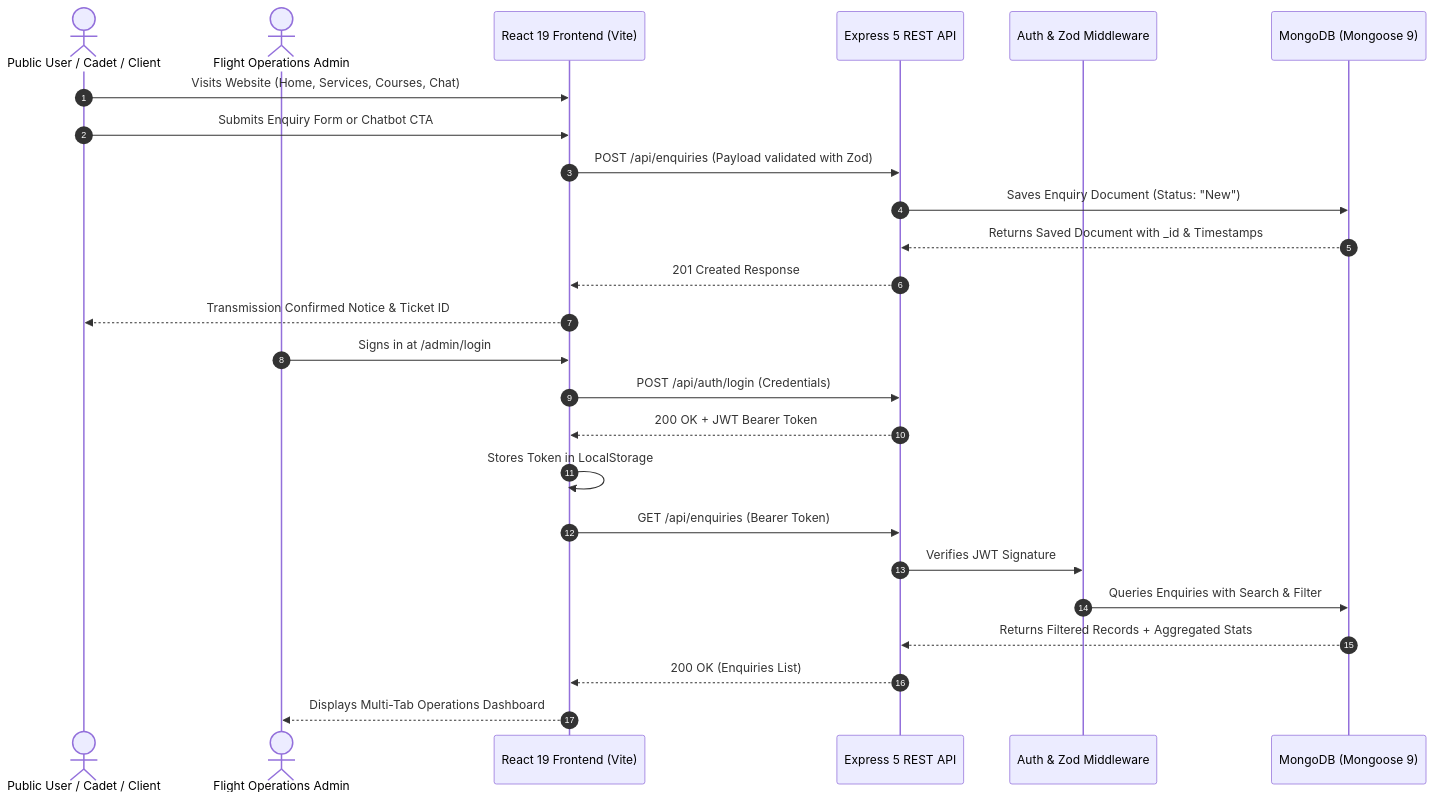
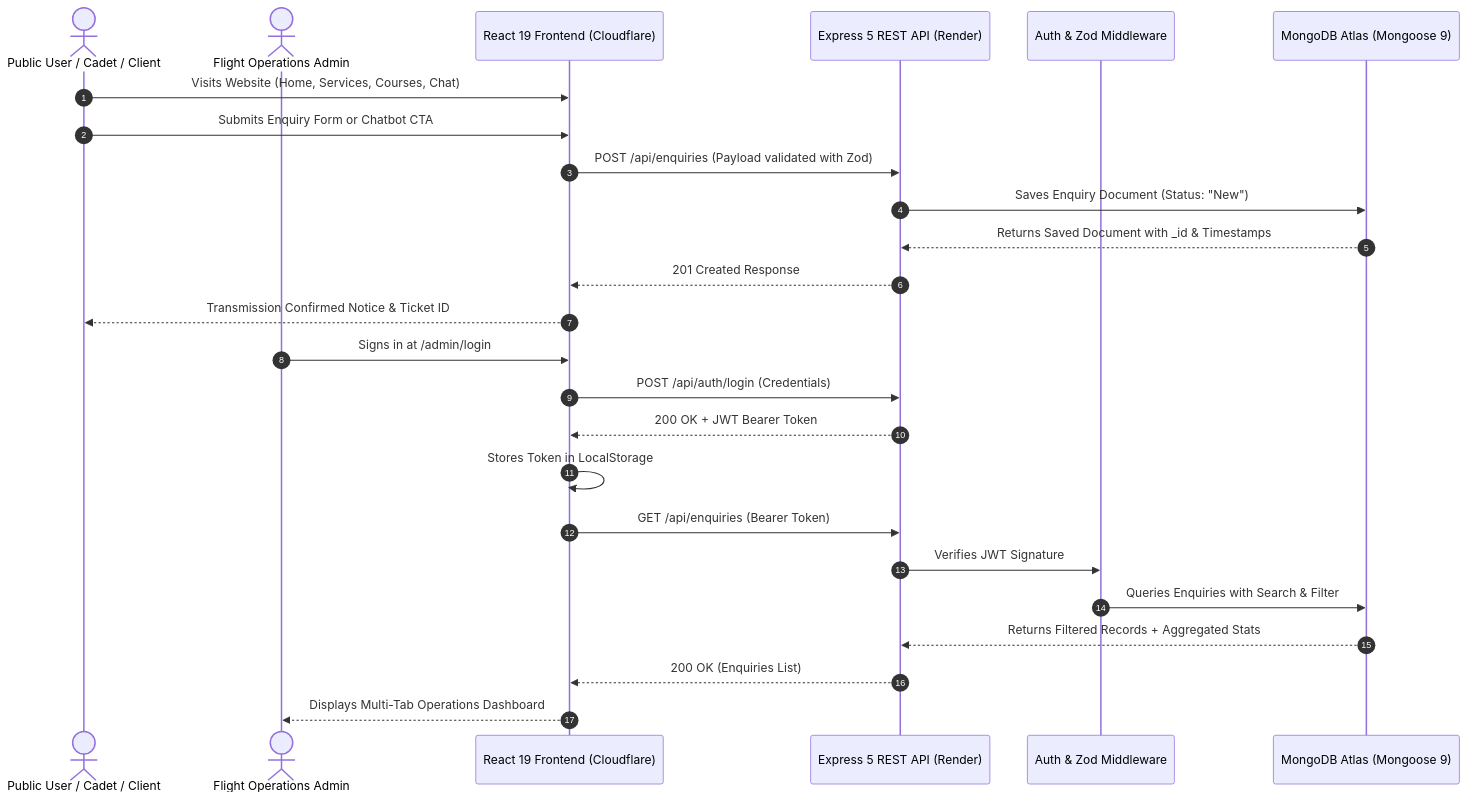
The diagram in README.md (MoAb786/FullStack_Chatbot_Task_Mohd_Abdullah), drawn with Mermaid before and after one commit. The commit also changed other lines of this file and 2 other files, not shown here.

Commit message:
docs: finalize production deployment links, system architecture, and submission guide in README

````diff
--- a/README.md
+++ b/README.md
@@ -58,29 +78,29 @@
 ```mermaid
 sequenceDiagram
     autonumber
     actor User as Public User / Cadet / Client
     actor Admin as Flight Operations Admin
-    participant Client as React 19 Frontend (Vite)
-    participant API as Express 5 REST API
+    participant Client as React 19 Frontend (Cloudflare)
+    participant API as Express 5 REST API (Render)
     participant Middleware as Auth & Zod Middleware
-    participant DB as MongoDB (Mongoose 9)
+    participant DB as MongoDB Atlas (Mongoose 9)
 
     User->>Client: Visits Website (Home, Services, Courses, Chat)
     User->>Client: Submits Enquiry Form or Chatbot CTA
     Client->>API: POST /api/enquiries (Payload validated with Zod)
     API->>DB: Saves Enquiry Document (Status: "New")
     DB-->>API: Returns Saved Document with _id & Timestamps
     API-->>Client: 201 Created Response
     Client-->>User: Transmission Confirmed Notice & Ticket ID
 
     Admin->>Client: Signs in at /admin/login
     Client->>API: POST /api/auth/login (Credentials)
     API-->>Client: 200 OK + JWT Bearer Token
     Client->>Client: Stores Token in LocalStorage
     Client->>API: GET /api/enquiries (Bearer Token)
     API->>Middleware: Verifies JWT Signature
     Middleware->>DB: Queries Enquiries with Search & Filter
     DB-->>API: Returns Filtered Records + Aggregated Stats
     API-->>Client: 200 OK (Enquiries List)
     Client-->>Admin: Displays Multi-Tab Operations Dashboard
 ```
````
